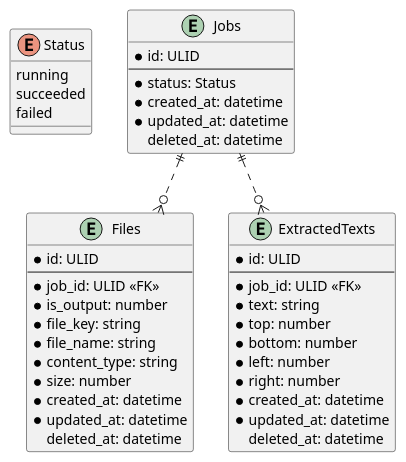
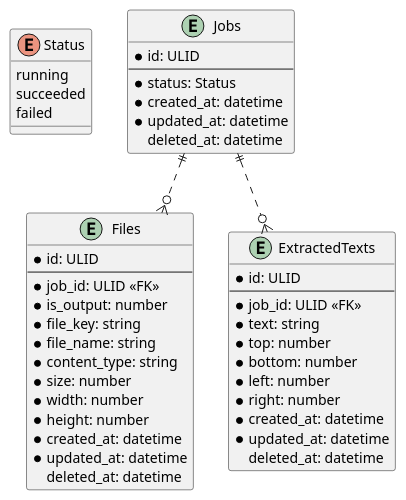
One commit to ijufumi/google-vision-sample changed the diagram in backend/docs/db/tables.puml. Above: the diagram before and after it, drawn with PlantUML.

Commit message:
Added width and height for image

```diff
--- a/backend/docs/db/tables.puml
+++ b/backend/docs/db/tables.puml
@@ -1,49 +1,51 @@
 @startuml
 
 enum Status {
   running
   succeeded
   failed
 }
 
 entity Jobs {
   * id: ULID
   --
   * status: Status
   * created_at: datetime
   * updated_at: datetime
     deleted_at: datetime
 }
 
 entity Files {
   * id: ULID
   --
   * job_id: ULID <<FK>>
   * is_output: number
   * file_key: string
   * file_name: string
   * content_type: string
   * size: number
+  * width: number
+  * height: number
   * created_at: datetime
   * updated_at: datetime
     deleted_at: datetime
 }
 
 entity ExtractedTexts {
   * id: ULID
   --
   * job_id: ULID <<FK>>
   * text: string
   * top: number
   * bottom: number
   * left: number
   * right: number
   * created_at: datetime
   * updated_at: datetime
     deleted_at: datetime
 }
 
 Jobs ||..o{ ExtractedTexts
 Jobs ||..o{ Files
 
 @enduml
```
